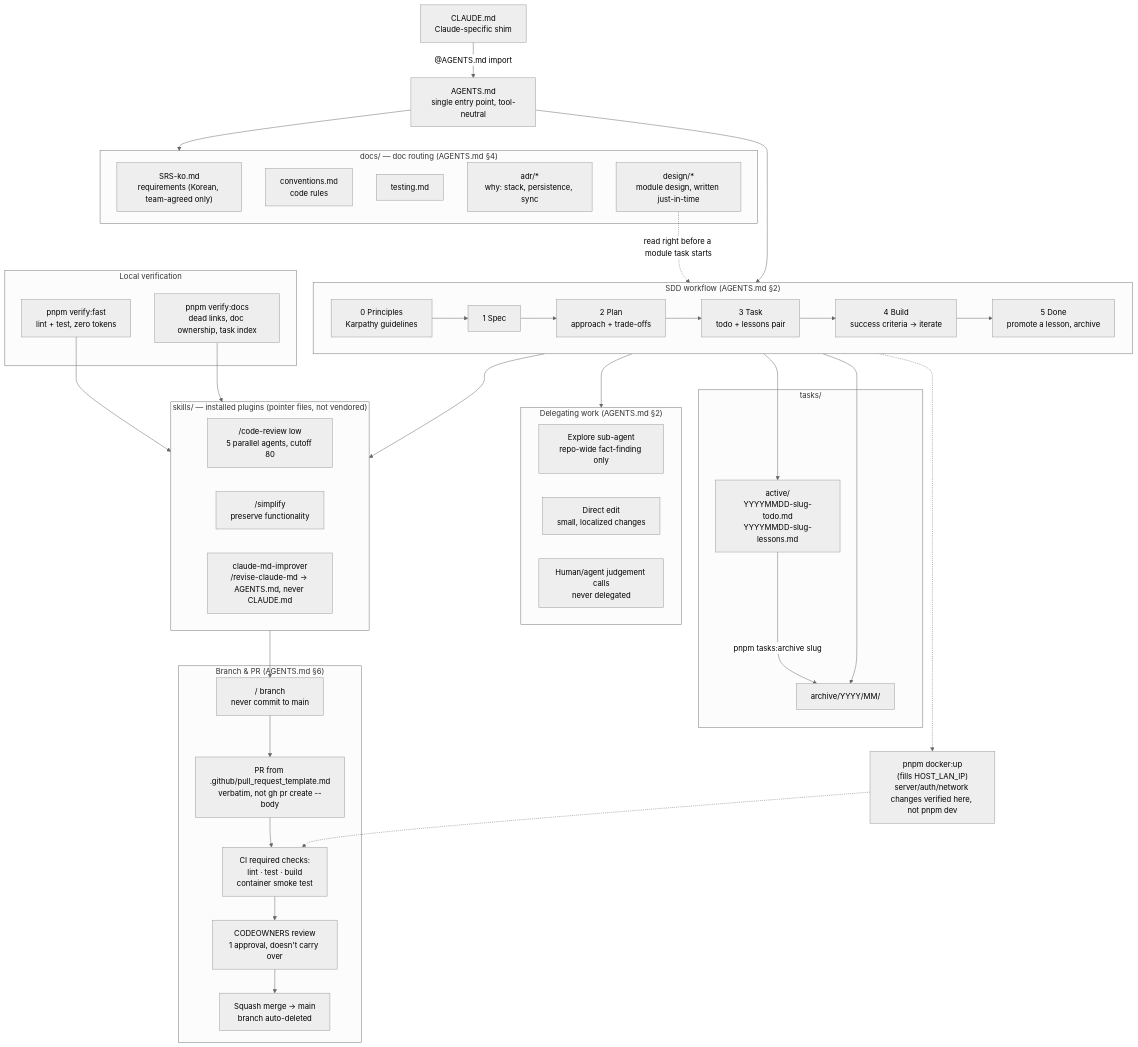
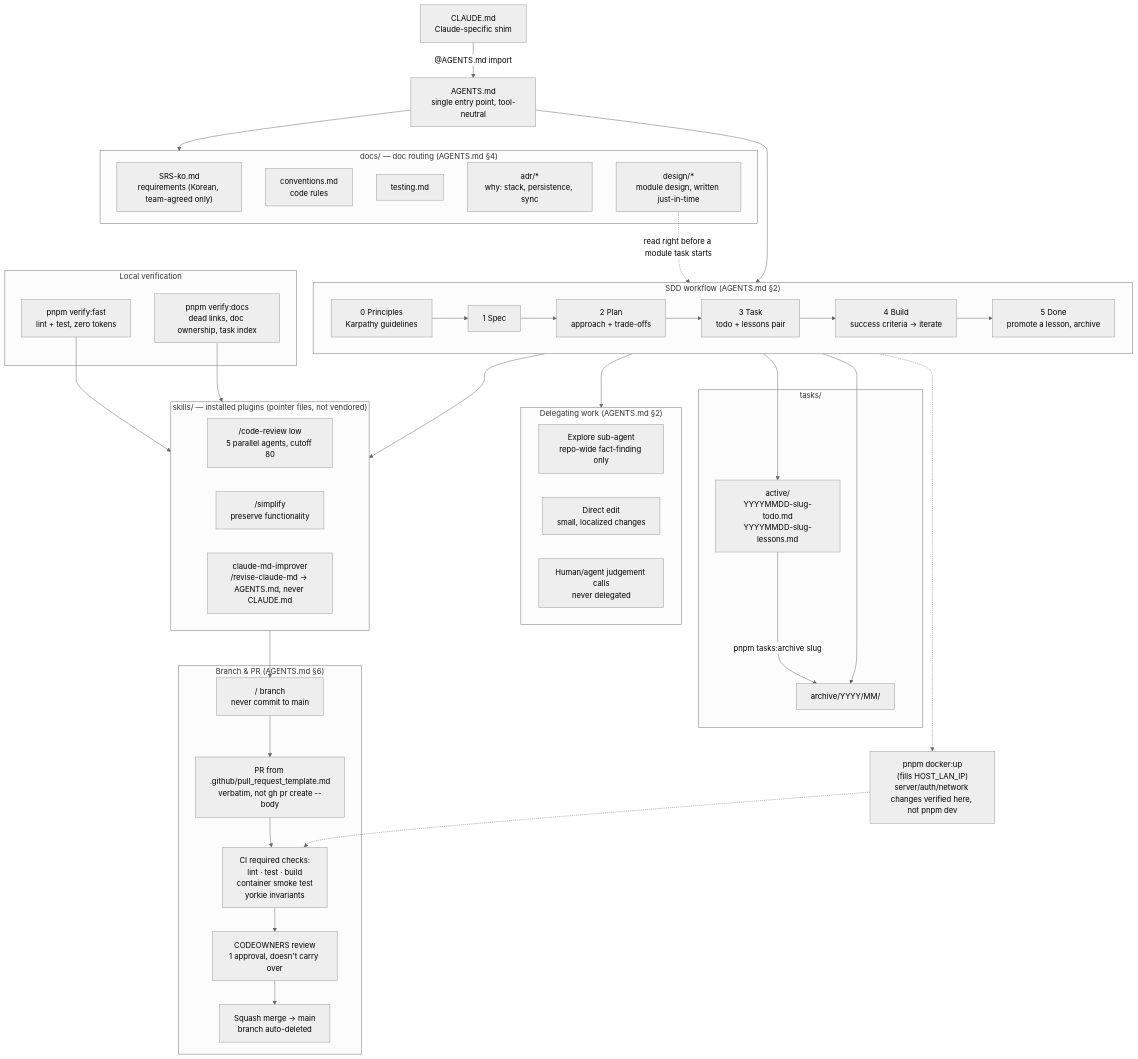
One commit to CBNU-TeamH/RMF-Block changed the diagram in HARNESS-ARCHITECTURE.md. Above: the diagram before and after it, drawn with Mermaid (neutral theme). The commit also changed other lines of this file and 32 other files, not shown here.

````diff
--- a/HARNESS-ARCHITECTURE.md
+++ b/HARNESS-ARCHITECTURE.md
@@ -7,66 +7,66 @@
 ```mermaid
 graph TB
   CLAUDE["CLAUDE.md<br/>Claude-specific shim"] -->|"@AGENTS.md import"| AGENTS["AGENTS.md<br/>single entry point, tool-neutral"]
 
   subgraph Docs["docs/ — doc routing (AGENTS.md §4)"]
     SRS["SRS-ko.md<br/>requirements (Korean, team-agreed only)"]
     Conventions["conventions.md<br/>code rules"]
     Testing["testing.md"]
     ADR["adr/*<br/>why: stack, persistence, sync"]
     Design["design/*<br/>module design, written just-in-time"]
   end
   AGENTS --> Docs
 
   subgraph Workflow["SDD workflow (AGENTS.md §2)"]
     direction LR
     Principles["0 Principles<br/>Karpathy guidelines"] --> Spec["1 Spec"]
     Spec --> Plan["2 Plan<br/>approach + trade-offs"]
     Plan --> Task["3 Task<br/>todo + lessons pair"]
     Task --> Build["4 Build<br/>success criteria → iterate"]
     Build --> Done["5 Done<br/>promote a lesson, archive"]
   end
   AGENTS --> Workflow
   Design -.->|"read right before a module task starts"| Task
 
   subgraph Tasks["tasks/"]
     Active["active/<br/>YYYYMMDD-slug-todo.md<br/>YYYYMMDD-slug-lessons.md"]
     Archive["archive/YYYY/MM/"]
     Active -->|"pnpm tasks:archive slug"| Archive
   end
   Task --> Active
   Done --> Archive
 
   subgraph Delegation["Delegating work (AGENTS.md §2)"]
     Explore["Explore sub-agent<br/>repo-wide fact-finding only"]
     Direct["Direct edit<br/>small, localized changes"]
     Human["Human/agent judgement calls<br/>never delegated"]
   end
   Build --> Delegation
 
   subgraph Skills["skills/ — installed plugins (pointer files, not vendored)"]
     CodeReview["/code-review low<br/>5 parallel agents, cutoff 80"]
     Simplify["/simplify<br/>preserve functionality"]
     ClaudeMd["claude-md-improver<br/>/revise-claude-md → AGENTS.md, never CLAUDE.md"]
   end
   Build --> Skills
 
   subgraph Verify["Local verification"]
     VerifyFast["pnpm verify:fast<br/>lint + test, zero tokens"]
     VerifyDocs["pnpm verify:docs<br/>dead links, doc ownership, task index"]
   end
   VerifyFast --> Skills
   VerifyDocs --> Skills
 
   subgraph PRFlow["Branch & PR (AGENTS.md §6)"]
     Branch["<type>/<slug> branch<br/>never commit to main"]
     Template["PR from .github/pull_request_template.md<br/>verbatim, not gh pr create --body"]
-    CI["CI required checks:<br/>lint · test · build<br/>container smoke test"]
+    CI["CI required checks:<br/>lint · test · build<br/>container smoke test<br/>yorkie invariants"]
     CodeOwners["CODEOWNERS review<br/>1 approval, doesn't carry over"]
     Squash["Squash merge → main<br/>branch auto-deleted"]
   end
   Skills --> Branch --> Template --> CI --> CodeOwners --> Squash
 
   ContainerRun["pnpm docker:up<br/>(fills HOST_LAN_IP)<br/>server/auth/network changes verified here, not pnpm dev"]
   Build -.-> ContainerRun
   ContainerRun -.-> CI
 ```
````
